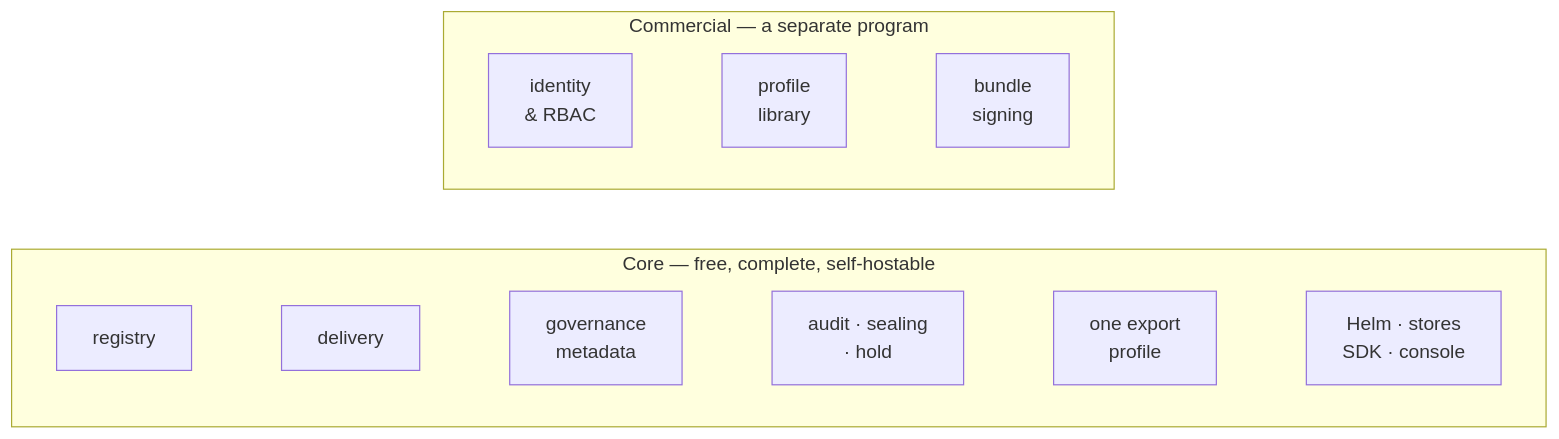
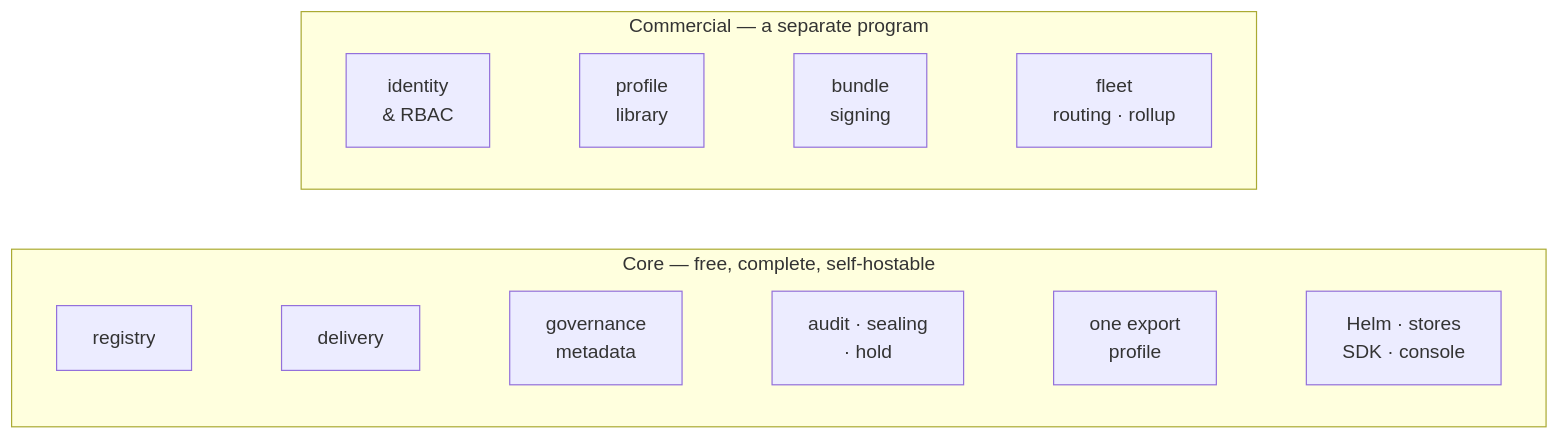
The diagram in docs/24-commercial-boundary.md (proseria-research/lineage), drawn with Mermaid before and after one commit. The commit also changed other lines of this file, not shown here.

First line of the commit message:
docs(24): fleet is commercial; single-install completeness never gated

````diff
--- a/docs/24-commercial-boundary.md
+++ b/docs/24-commercial-boundary.md
@@ -13,13 +13,13 @@
 ```mermaid
 %%{init: {"flowchart": {"curve": "linear"}}}%%
 flowchart TB
     subgraph ee["Commercial — a separate program"]
         direction LR
-        auth["identity<br/>& RBAC"] ~~~ prof["profile<br/>library"] ~~~ sig["bundle<br/>signing"]
+        auth["identity<br/>& RBAC"] ~~~ prof["profile<br/>library"] ~~~ sig["bundle<br/>signing"] ~~~ flt["fleet<br/>routing · rollup"]
     end
     subgraph core["Core — free, complete, self-hostable"]
         direction LR
         reg["registry"] ~~~ del["delivery"] ~~~ gov["governance<br/>metadata"] ~~~ aud["audit · sealing<br/>· hold"] ~~~ exp["one export<br/>profile"] ~~~ ops["Helm · stores<br/>SDK · console"]
     end
     ee ~~~ core
 ```
````
